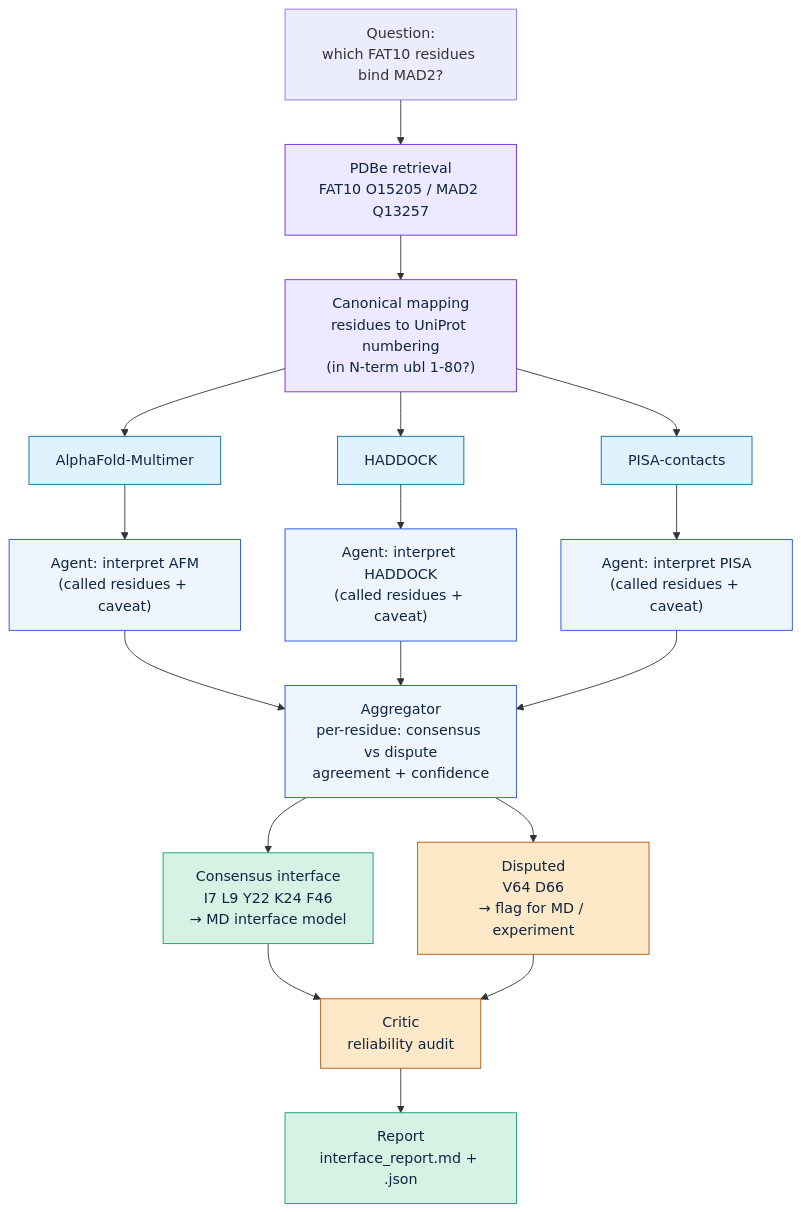
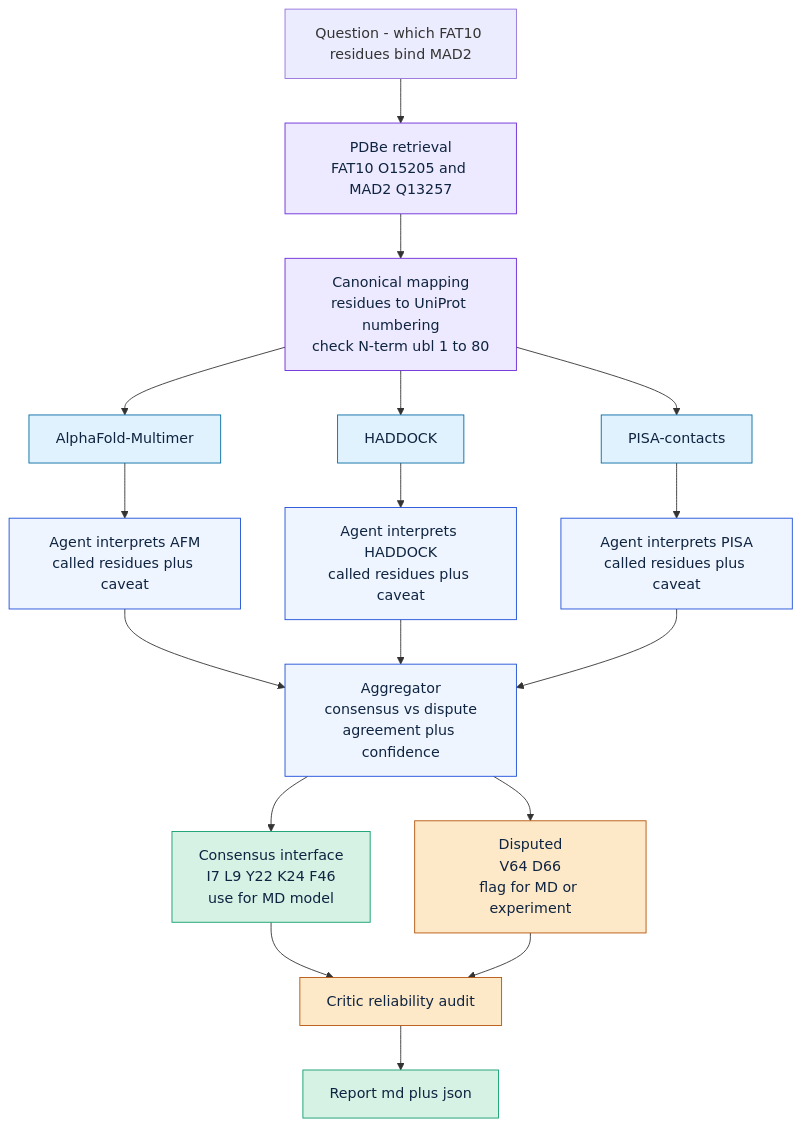
Before and after one commit to TLDDODO/sv-agent-poc: the diagram in FLOW.md, drawn with Mermaid. The commit also changed 1 other file, not shown here.

Commit message:
Fix PDBe query (UniProt accession, not match-all) and Mermaid render
PDBe query now filters by uniprot_accession:O15205 instead of a free-text
molecule name that Solr treated as match-all (it returned the whole PDB by
resolution). FLOW.md Mermaid labels stripped of parentheses/colons/unicode
arrows that broke partial rendering on GitHub.

````diff
--- a/FLOW.md
+++ b/FLOW.md
@@ -7,37 +7,37 @@
 ```mermaid
 flowchart TD
-    Q["Question:<br/>which FAT10 residues bind MAD2?"]
+    Q["Question - which FAT10 residues bind MAD2"]
 
-    Q --> PDBE["PDBe retrieval<br/>FAT10 O15205 / MAD2 Q13257"]
-    PDBE --> MAP["Canonical mapping<br/>residues to UniProt numbering<br/>(in N-term ubl 1-80?)"]
+    Q --> PDBE["PDBe retrieval<br/>FAT10 O15205 and MAD2 Q13257"]
+    PDBE --> MAP["Canonical mapping<br/>residues to UniProt numbering<br/>check N-term ubl 1 to 80"]
 
     MAP --> T1["AlphaFold-Multimer"]
     MAP --> T2["HADDOCK"]
     MAP --> T3["PISA-contacts"]
 
-    T1 --> A1["Agent: interpret AFM<br/>(called residues + caveat)"]
-    T2 --> A2["Agent: interpret HADDOCK<br/>(called residues + caveat)"]
-    T3 --> A3["Agent: interpret PISA<br/>(called residues + caveat)"]
+    T1 --> A1["Agent interprets AFM<br/>called residues plus caveat"]
+    T2 --> A2["Agent interprets HADDOCK<br/>called residues plus caveat"]
+    T3 --> A3["Agent interprets PISA<br/>called residues plus caveat"]
 
-    A1 --> AGG["Aggregator<br/>per-residue: consensus vs dispute<br/>agreement + confidence"]
+    A1 --> AGG["Aggregator<br/>consensus vs dispute<br/>agreement plus confidence"]
     A2 --> AGG
     A3 --> AGG
 
-    AGG --> CON["Consensus interface<br/>I7 L9 Y22 K24 F46<br/>→ MD interface model"]
-    AGG --> DIS["Disputed<br/>V64 D66<br/>→ flag for MD / experiment"]
+    AGG --> CON["Consensus interface<br/>I7 L9 Y22 K24 F46<br/>use for MD model"]
+    AGG --> DIS["Disputed<br/>V64 D66<br/>flag for MD or experiment"]
 
-    CON --> CRIT["Critic<br/>reliability audit"]
+    CON --> CRIT["Critic reliability audit"]
     DIS --> CRIT
-    CRIT --> REP["Report<br/>interface_report.md + .json"]
+    CRIT --> REP["Report md plus json"]
 
     classDef src fill:#ede9fe,stroke:#6d28d9,color:#0f2440;
     classDef tool fill:#e0f2fe,stroke:#0369a1,color:#0f2440;
     classDef agent fill:#eef5ff,stroke:#1d4ed8,color:#0f2440;
     classDef good fill:#d5f2e5,stroke:#0f9d6b,color:#0f2440;
     classDef warn fill:#fde9c8,stroke:#b45309,color:#0f2440;
     class PDBE,MAP src;
     class T1,T2,T3 tool;
     class A1,A2,A3,AGG agent;
     class CON,REP good;
     class DIS,CRIT warn;
 ```
````
